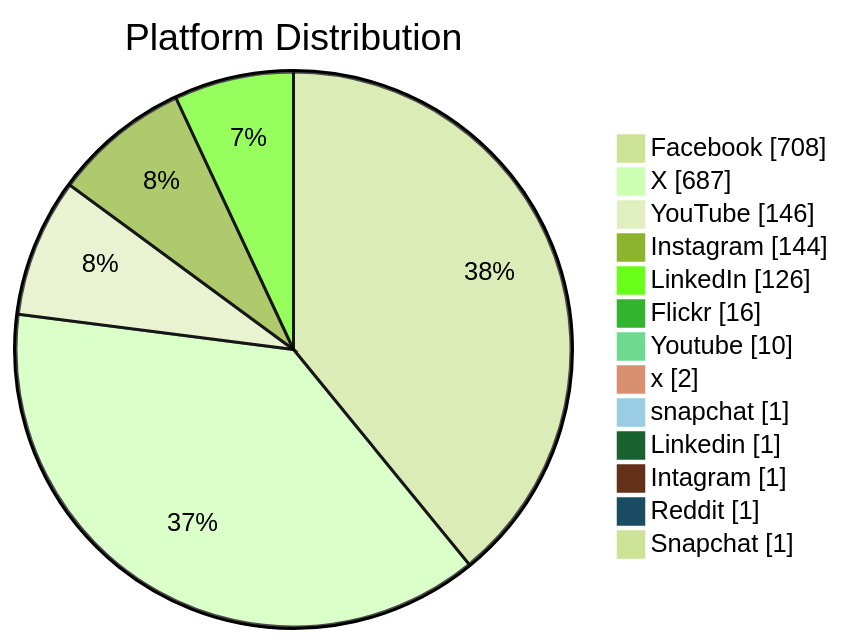
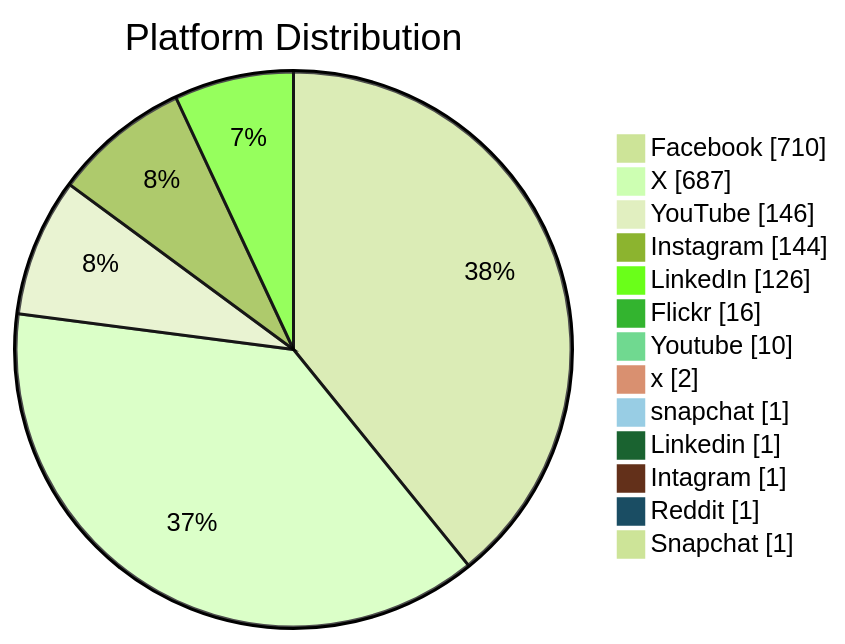
Before and after one commit to PatLittle/GC-Socials: the second of 6 diagrams in README.md, drawn with Mermaid (forest theme). The commit also changed other lines of this file, not shown here.

Commit message:
Update README with Platform Distribution pie chart

````diff
--- a/README.md
+++ b/README.md
@@ -47,16 +47,16 @@
 ```mermaid
 pie showData title Platform Distribution
-    "Facebook": 708
+    "Facebook": 710
     "X": 687
     "YouTube": 146
     "Instagram": 144
     "LinkedIn": 126
     "Flickr": 16
     "Youtube": 10
     "x": 2
     "snapchat": 1
     "Linkedin": 1
     "Intagram": 1
     "Reddit": 1
     "Snapchat": 1
 ```
````
